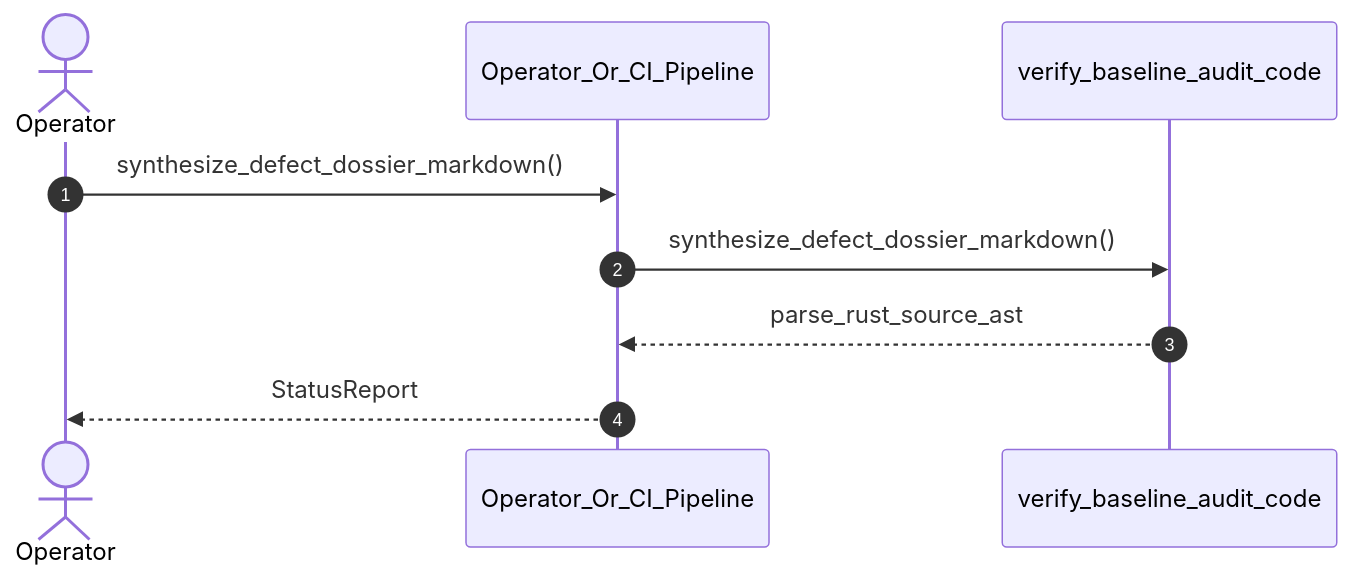
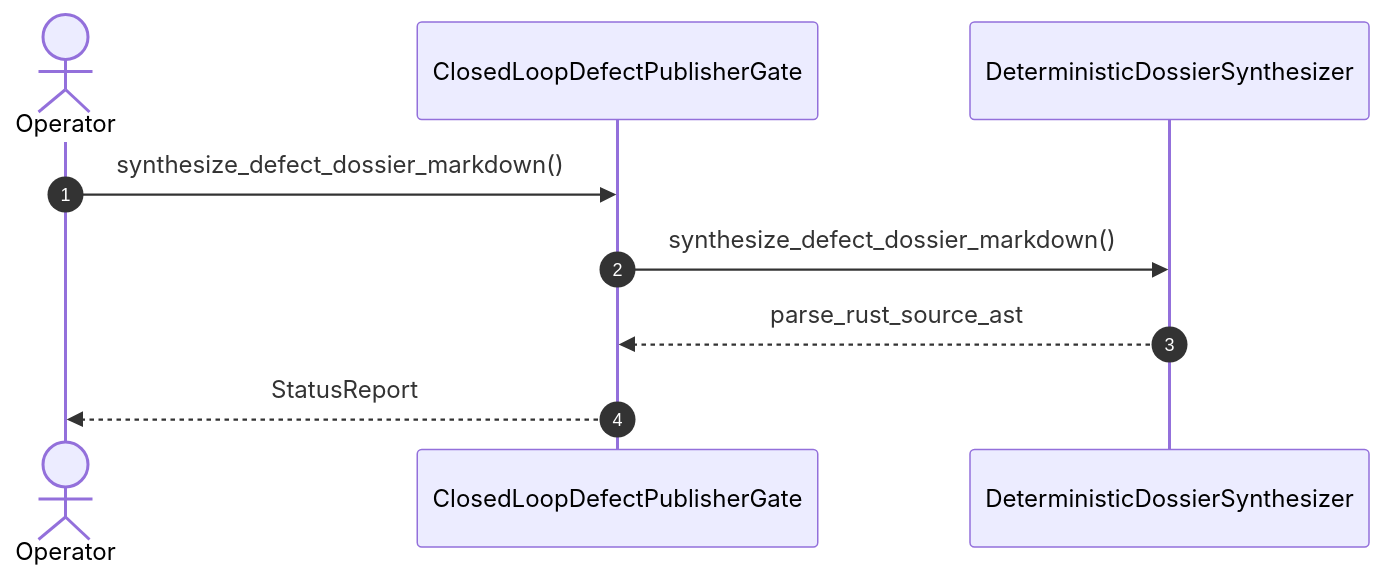
Before and after one commit to gintatkinson/DEAP01-spec-core: the diagram in .pipeline/upstream/docs/user-stories/US-54-synthesize_defect_dossier_markdown.md, drawn with Mermaid. The commit also changed other lines of this file and 179 other files, not shown here.

Commit message:
fix(compiler): remediate upstream specification forward projection, diagram synthesis, and GitHub blob URL resolution

````diff
--- a/.pipeline/upstream/docs/user-stories/US-54-synthesize_defect_dossier_markdown.md
+++ b/.pipeline/upstream/docs/user-stories/US-54-synthesize_defect_dossier_markdown.md
@@ -16,11 +16,11 @@
 ```mermaid
 sequenceDiagram
     autonumber
     actor Operator
-    participant Operator_Or_CI_Pipeline
-    participant verify_baseline_audit_code
-    Operator->>Operator_Or_CI_Pipeline: synthesize_defect_dossier_markdown()
-    Operator_Or_CI_Pipeline->>verify_baseline_audit_code: synthesize_defect_dossier_markdown()
-    verify_baseline_audit_code-->>Operator_Or_CI_Pipeline: parse_rust_source_ast
-    Operator_Or_CI_Pipeline-->>Operator: StatusReport
+    participant ClosedLoopDefectPublisherGate
+    participant DeterministicDossierSynthesizer
+    Operator->>ClosedLoopDefectPublisherGate: synthesize_defect_dossier_markdown()
+    ClosedLoopDefectPublisherGate->>DeterministicDossierSynthesizer: synthesize_defect_dossier_markdown()
+    DeterministicDossierSynthesizer-->>ClosedLoopDefectPublisherGate: parse_rust_source_ast
+    ClosedLoopDefectPublisherGate-->>Operator: StatusReport
 ```
````
